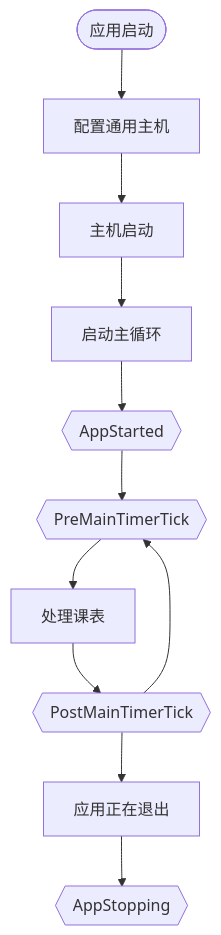
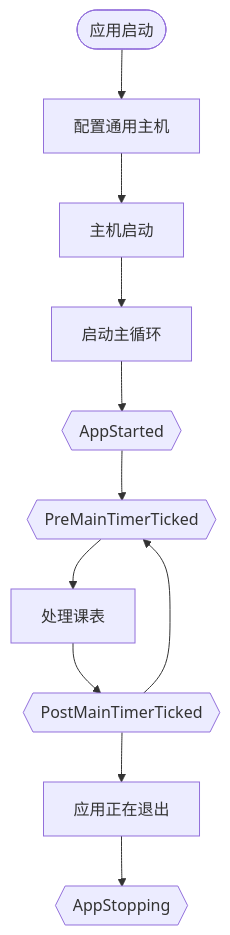
One commit to xuanxuan1231/classisland-docs-next changed the diagram in src/dev/events.md. Above: the diagram before and after it, drawn with Mermaid. The commit also changed other lines of this file, not shown here.

````diff
--- a/src/dev/events.md
+++ b/src/dev/events.md
@@ -13,16 +13,16 @@
 ```mermaid
 flowchart TD
     Startup(["应用启动"])
     --> ConfigureHost["配置通用主机"]
     --> HostStartup["主机启动"]
     --> LaunchMainLoop["启动主循环"]
     --> AppStarted{{"AppStarted"}}
-    --> PreMainTimerTick{{"PreMainTimerTick"}}
+    --> PreMainTimerTick{{"PreMainTimerTicked"}}
     --> ProcessLessons["处理课表"]
-    --> PostMainTimerTick{{"PostMainTimerTick"}}
+    --> PostMainTimerTick{{"PostMainTimerTicked"}}
     --> PreMainTimerTick
 
     PostMainTimerTick
     --> Exiting["应用正在退出"]
     --> AppStopping{{"AppStopping"}}
 ```
````
